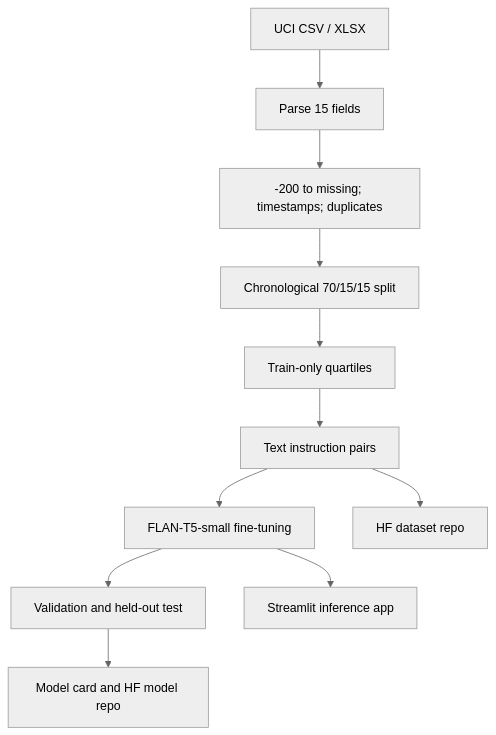
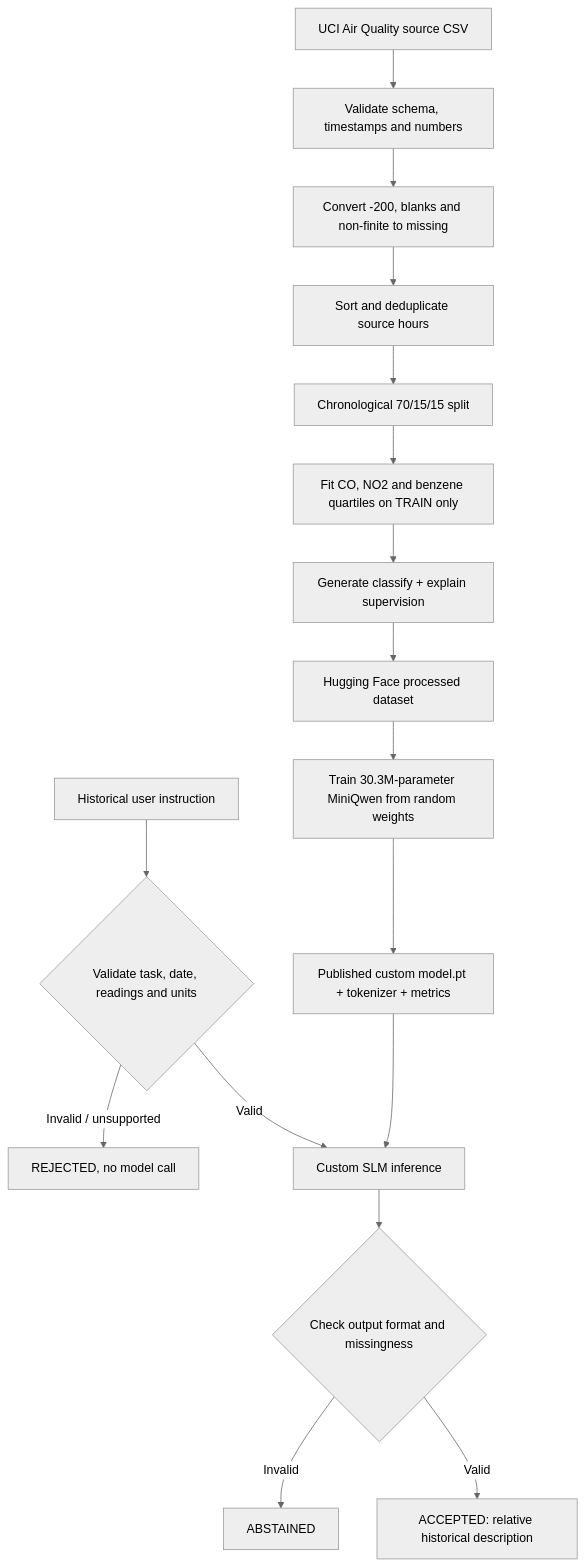
One commit to DSGAMING98/AirQuality-SLM-DT changed the first of 2 diagrams in README.md. Above: the diagram before and after it, drawn with Mermaid (neutral theme). The commit also changed other lines of this file, not shown here.

Commit message:
Rewrite README into two current phases: data validation/preprocessing and trained MiniQwen safe inference

````diff
--- a/README.md
+++ b/README.md
@@ -201,13 +27,19 @@
 ```mermaid
 flowchart TD
-    A["UCI CSV / XLSX"] --> B["Parse 15 fields"]
-    B --> C["-200 to missing; timestamps; duplicates"]
-    C --> D["Chronological 70/15/15 split"]
-    D --> E["Train-only quartiles"]
-    E --> F["Text instruction pairs"]
-    F --> G["FLAN-T5-small fine-tuning"]
-    G --> H["Validation and held-out test"]
-    H --> I["Model card and HF model repo"]
-    G --> J["Streamlit inference app"]
-    F --> K["HF dataset repo"]
+    A["UCI Air Quality source CSV"] --> B["Validate schema, timestamps and numbers"]
+    B --> C["Convert -200, blanks and non-finite to missing"]
+    C --> D["Sort and deduplicate source hours"]
+    D --> E["Chronological 70/15/15 split"]
+    E --> F["Fit CO, NO2 and benzene quartiles on TRAIN only"]
+    F --> G["Generate classify + explain supervision"]
+    G --> H["Hugging Face processed dataset"]
+    H --> I["Train 30.3M-parameter MiniQwen from random weights"]
+    I --> J["Published custom model.pt + tokenizer + metrics"]
+    K["Historical user instruction"] --> L{"Validate task, date, readings and units"}
+    L -->|"Invalid / unsupported"| M["REJECTED, no model call"]
+    L -->|"Valid"| N["Custom SLM inference"]
+    J --> N
+    N --> O{"Check output format and missingness"}
+    O -->|"Invalid"| P["ABSTAINED"]
+    O -->|"Valid"| Q["ACCEPTED: relative historical description"]
 ```
````
